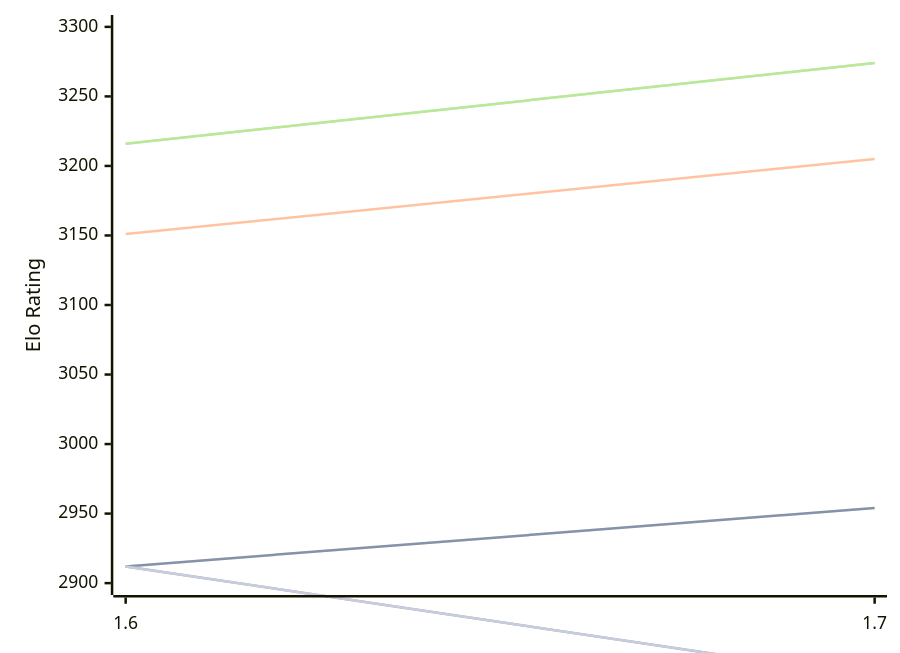
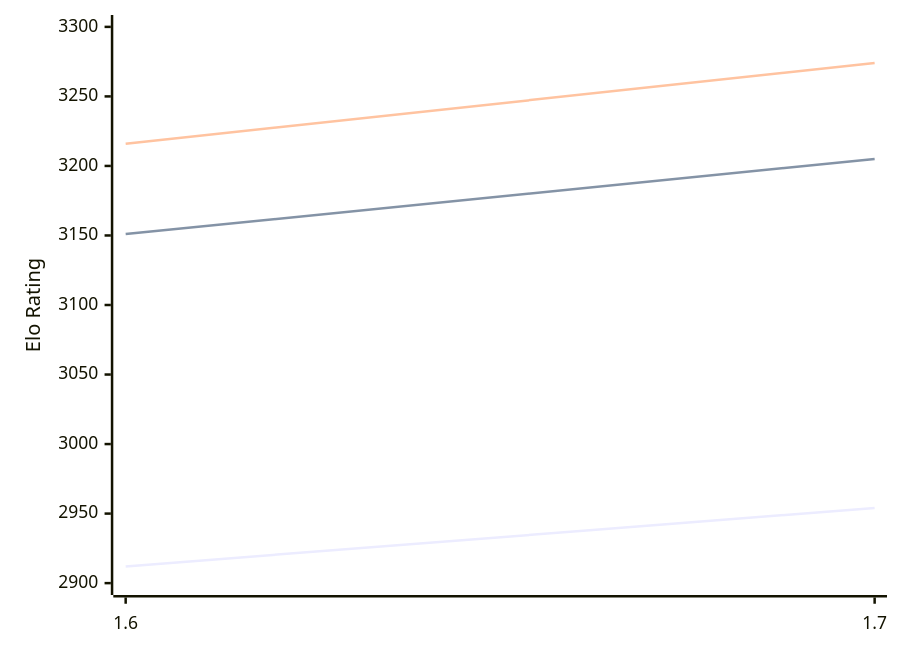
One commit to computer-chess-index/cci changed the diagram in engines/Bitbit.md. Above: the diagram before and after it, drawn with Mermaid. The commit also changed other lines of this file, not shown here.

````diff
--- a/engines/Bitbit.md
+++ b/engines/Bitbit.md
@@ -48,13 +48,9 @@
 ```mermaid
 %%{init: {"theme":"base","themeVariables":{"seriesColors:['#a3a3a3','#222221','#faa371']}}}%%
 xychart-beta
   x-axis ["1.6", "1.7"]
   y-axis "Elo Rating" 2900 --> 3300
-  line "" [2912, 2954]
   line "T1: STC (8.0+0.08s)" [2912, 2954]
   line "T1: LTC (60.0+0.60s)" [3151, 3205]
-  line "" [3216, 3274]
   line "T1: VLTC (2m24s+1.12s)" [3216, 3274]
-  line "" [2912,2832]
-  line "E1: STC (8.0+0.08s)" [2912,2832]
 ```
````
